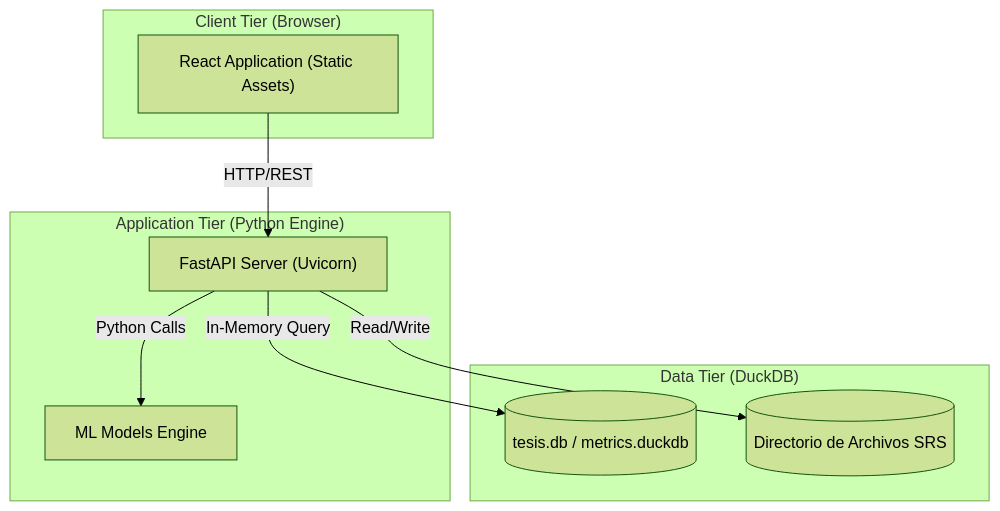
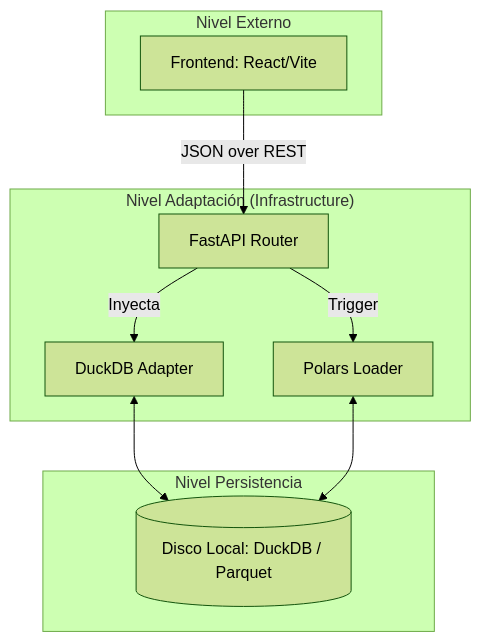
One commit to ivmafo/tsis_umb_data_science changed the second of 2 diagrams in docs/infrastructure.md. Above: the diagram before and after it, drawn with Mermaid (forest theme). The commit also changed other lines of this file, not shown here.

Commit message:
docs: expand infrastructure.md to extreme detail with Polars and DuckDB technical deep dives

````diff
--- a/docs/infrastructure.md
+++ b/docs/infrastructure.md
@@ -42,21 +59,22 @@
 ```mermaid
-graph TD
-    subgraph "Client Tier (Browser)"
-        UI["React Application (Static Assets)"]
+flowchart TD
+    subgraph "Nivel Externo"
+        UI[Frontend: React/Vite]
     end
 
-    subgraph "Application Tier (Python Engine)"
-        API["FastAPI Server (Uvicorn)"]
-        ML["ML Models Engine"]
+    subgraph "Nivel Adaptación (Infrastructure)"
+        API[FastAPI Router]
+        JDBC[DuckDB Adapter]
+        PL_AD[Polars Loader]
     end
 
-    subgraph "Data Tier (DuckDB)"
-        DBFile[("tesis.db / metrics.duckdb")]
-        SRS[("Directorio de Archivos SRS")]
+    subgraph "Nivel Persistencia"
+        STORAGE[(Disco Local: DuckDB / Parquet)]
     end
 
-    UI -- HTTP/REST --> API
-    API -- In-Memory Query --> DBFile
-    API -- Python Calls --> ML
-    API -- Read/Write --> SRS
+    UI -- JSON over REST --> API
+    API -- Inyecta --> JDBC
+    JDBC <--> STORAGE
+    API -- Trigger --> PL_AD
+    PL_AD <--> STORAGE
 ```
````
